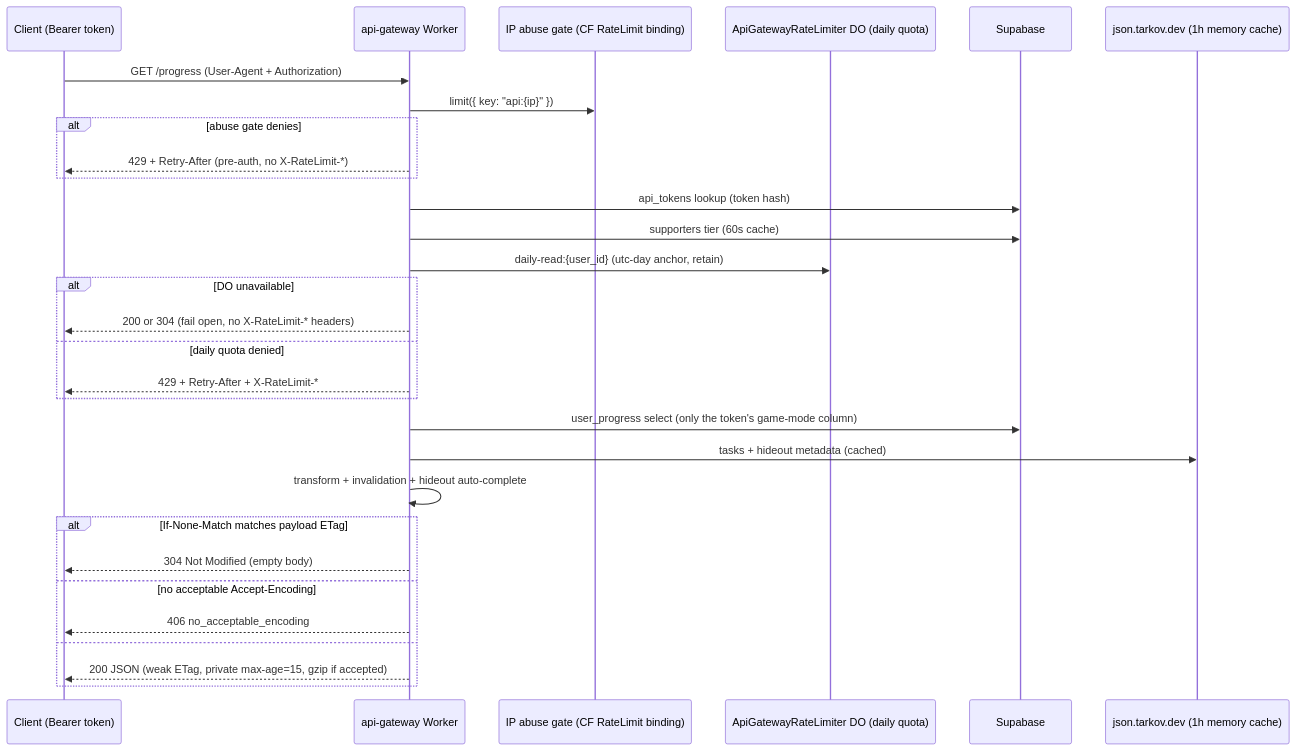
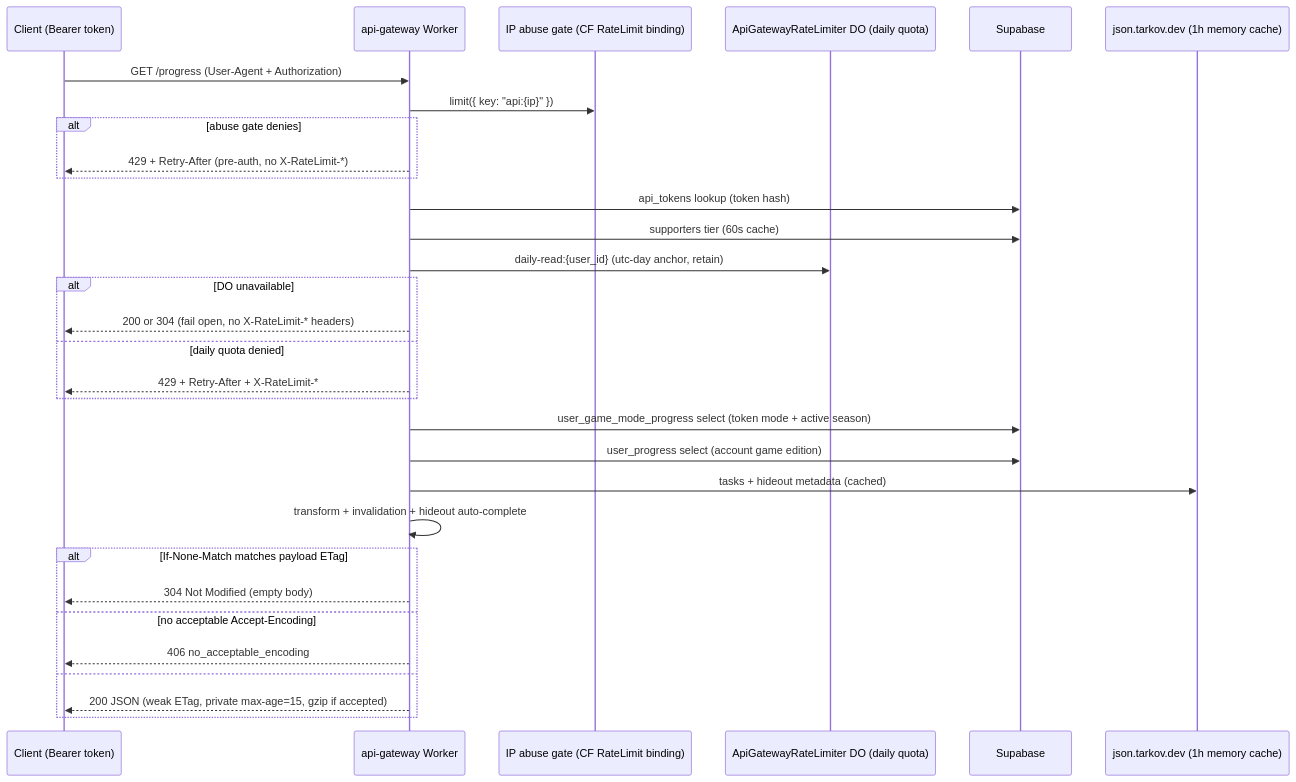
The sixth of 7 diagrams in docs/SYSTEMS.md (tarkovtracker-org/TarkovTracker), drawn with Mermaid before and after one commit. The commit also changed other lines of this file and 92 other files, not shown here.

Commit message:
feat: add seasonal game mode progress

````diff
--- a/docs/SYSTEMS.md
+++ b/docs/SYSTEMS.md
@@ -414,33 +418,34 @@
 ```mermaid
 sequenceDiagram
   participant C as Client (Bearer token)
   participant W as api-gateway Worker
   participant AG as IP abuse gate (CF RateLimit binding)
   participant DO as ApiGatewayRateLimiter DO (daily quota)
   participant SB as Supabase
   participant TD as json.tarkov.dev (1h memory cache)
 
   C->>W: GET /progress (User-Agent + Authorization)
   W->>AG: limit({ key: "api:{ip}" })
   alt abuse gate denies
     W-->>C: 429 + Retry-After (pre-auth, no X-RateLimit-*)
   end
   W->>SB: api_tokens lookup (token hash)
   W->>SB: supporters tier (60s cache)
   W->>DO: daily-read:{user_id} (utc-day anchor, retain)
   alt DO unavailable
     W-->>C: 200 or 304 (fail open, no X-RateLimit-* headers)
   else daily quota denied
     W-->>C: 429 + Retry-After + X-RateLimit-*
   end
-  W->>SB: user_progress select (only the token's game-mode column)
+  W->>SB: user_game_mode_progress select (token mode + active season)
+  W->>SB: user_progress select (account game edition)
   W->>TD: tasks + hideout metadata (cached)
   W->>W: transform + invalidation + hideout auto-complete
   alt If-None-Match matches payload ETag
     W-->>C: 304 Not Modified (empty body)
   else no acceptable Accept-Encoding
     W-->>C: 406 no_acceptable_encoding
   else
     W-->>C: 200 JSON (weak ETag, private max-age=15, gzip if accepted)
   end
 ```
````
